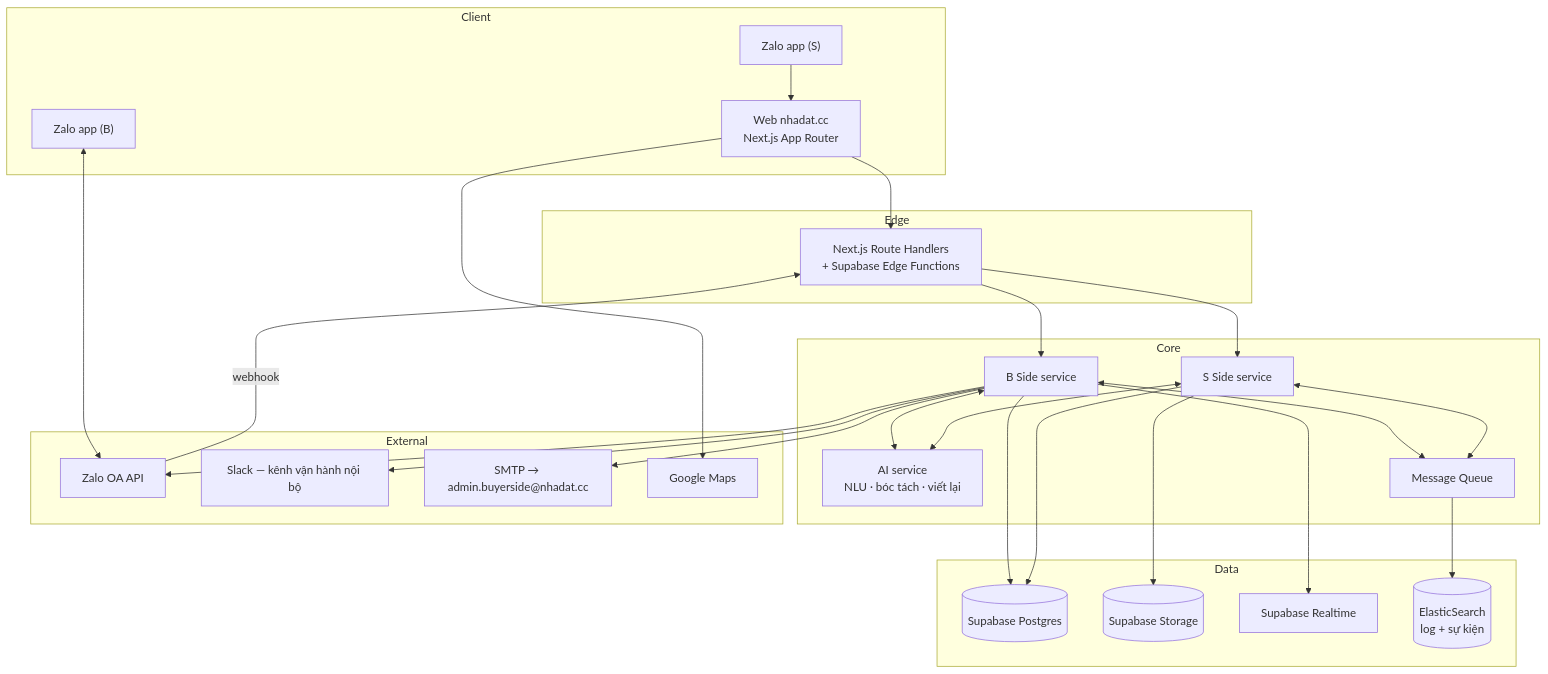
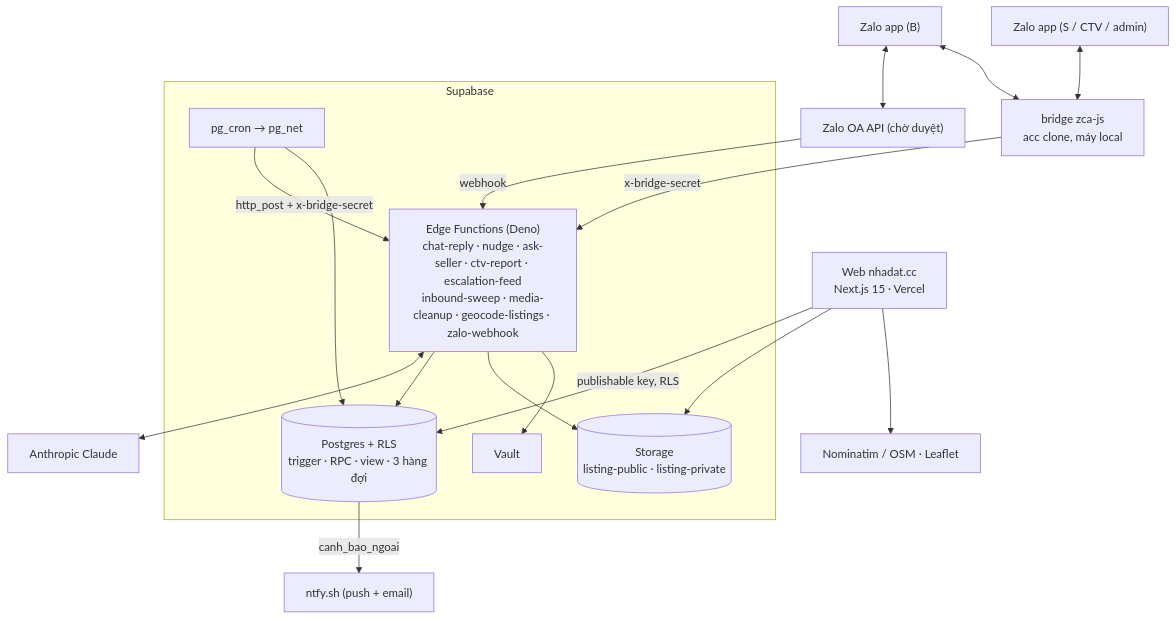
The diagram in docs/07-srs.md (quang507/Nhadat.cc), drawn with Mermaid before and after one commit. The commit also changed other lines of this file and 84 other files, not shown here.

First line of the commit message:
Đợt 02–04/09/2026: tối ưu vận hành, tin có cấu trúc, vòng CTV, dựng hết phần tài liệu có mà code chưa, dọn docs (#33)

````diff
--- a/docs/07-srs.md
+++ b/docs/07-srs.md
@@ -35,48 +36,33 @@
 ```mermaid
 flowchart TB
-    subgraph Client
-        W["Web nhadat.cc<br/>Next.js App Router"]
-        ZA["Zalo app (B)"]
-        ZS["Zalo app (S)"]
+    W["Web nhadat.cc<br/>Next.js 15 · Vercel"]
+    ZB["Zalo app (B)"]
+    ZS["Zalo app (S / CTV / admin)"]
+    OA["Zalo OA API (chờ duyệt)"]
+    BR["bridge zca-js<br/>acc clone, máy local"]
+    subgraph Supabase
+        EF["Edge Functions (Deno)<br/>chat-reply · nudge · ask-seller · ctv-report · escalation-feed<br/>inbound-sweep · media-cleanup · geocode-listings · zalo-webhook"]
+        DB[("Postgres + RLS<br/>trigger · RPC · view · 3 hàng đợi")]
+        CRON["pg_cron → pg_net"]
+        ST[("Storage<br/>listing-public · listing-private")]
+        VA["Vault"]
     end
-    subgraph Edge
-        API["Next.js Route Handlers<br/>+ Supabase Edge Functions"]
-    end
-    subgraph Core
-        BS["B Side service"]
-        SS["S Side service"]
-        AI["AI service<br/>NLU · bóc tách · viết lại"]
-        Q["Message Queue"]
-    end
-    subgraph Data
-        DB[("Supabase Postgres")]
-        ST[("Supabase Storage")]
-        RT["Supabase Realtime"]
-        ES[("ElasticSearch<br/>log + sự kiện")]
-    end
-    subgraph External
-        ZOA["Zalo OA API"]
-        SL["Slack — kênh vận hành nội bộ"]
-        MAIL["SMTP → admin.buyerside@nhadat.cc"]
-        MAPS["Google Maps"]
-    end
-    W --> API
-    ZA <--> ZOA
-    ZOA -->|webhook| API
-    API --> BS
-    API --> SS
-    BS <--> AI
-    SS <--> AI
-    BS <--> Q
-    SS <--> Q
-    BS --> DB
-    SS --> DB
-    SS --> ST
-    BS --> RT
-    Q --> ES
-    BS --> ZOA
-    BS --> MAIL
-    BS --> SL
-    ZS --> W
-    W --> MAPS
+    AI["Anthropic Claude"]
+    NTFY["ntfy.sh (push + email)"]
+    OSM["Nominatim / OSM · Leaflet"]
+    W -->|publishable key, RLS| DB
+    W --> ST
+    W --> OSM
+    ZB <--> OA
+    ZB <--> BR
+    ZS <--> BR
+    OA -->|webhook| EF
+    BR -->|x-bridge-secret| EF
+    EF <--> AI
+    EF --> DB
+    EF --> ST
+    EF --> VA
+    CRON -->|http_post + x-bridge-secret| EF
+    CRON --> DB
+    DB -->|canh_bao_ngoai| NTFY
 ```
````
